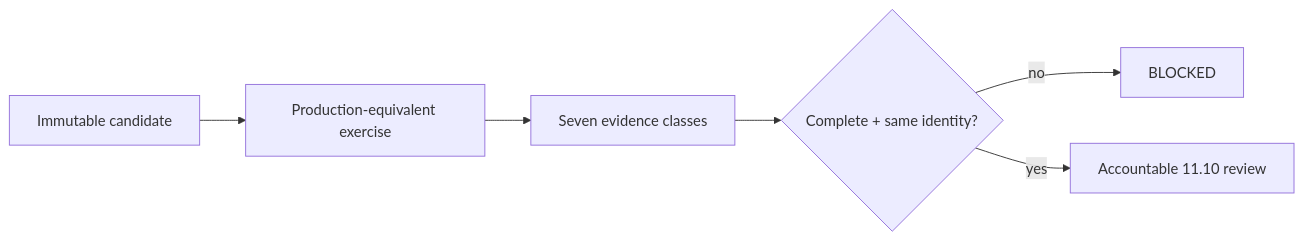
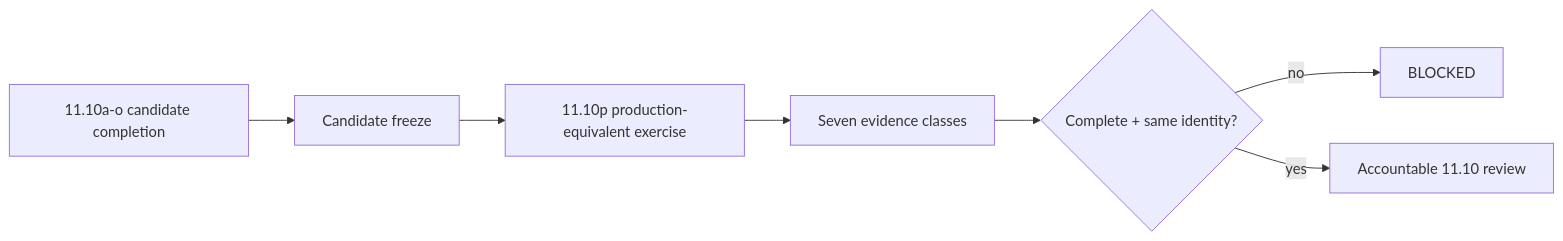
One commit to GJvManen/dtmo changed the diagram in docs/project/PRODUCTION_READINESS_REPORT.md. Above: the diagram before and after it, drawn with Mermaid. The commit also changed other lines of this file, not shown here.

Commit message:
docs: sequence production readiness behind candidate completion

````diff
--- a/docs/project/PRODUCTION_READINESS_REPORT.md
+++ b/docs/project/PRODUCTION_READINESS_REPORT.md
@@ -48,8 +59,9 @@
 ```mermaid
 flowchart LR
-    I[Immutable candidate] --> V[Production-equivalent exercise]
+    C[11.10a-o candidate completion] --> F[Candidate freeze]
+    F --> V[11.10p production-equivalent exercise]
     V --> E[Seven evidence classes]
-    E --> C{Complete + same identity?}
-    C -->|no| B[BLOCKED]
-    C -->|yes| O[Accountable 11.10 review]
+    E --> Q{Complete + same identity?}
+    Q -->|no| B[BLOCKED]
+    Q -->|yes| O[Accountable 11.10 review]
 ```
````
